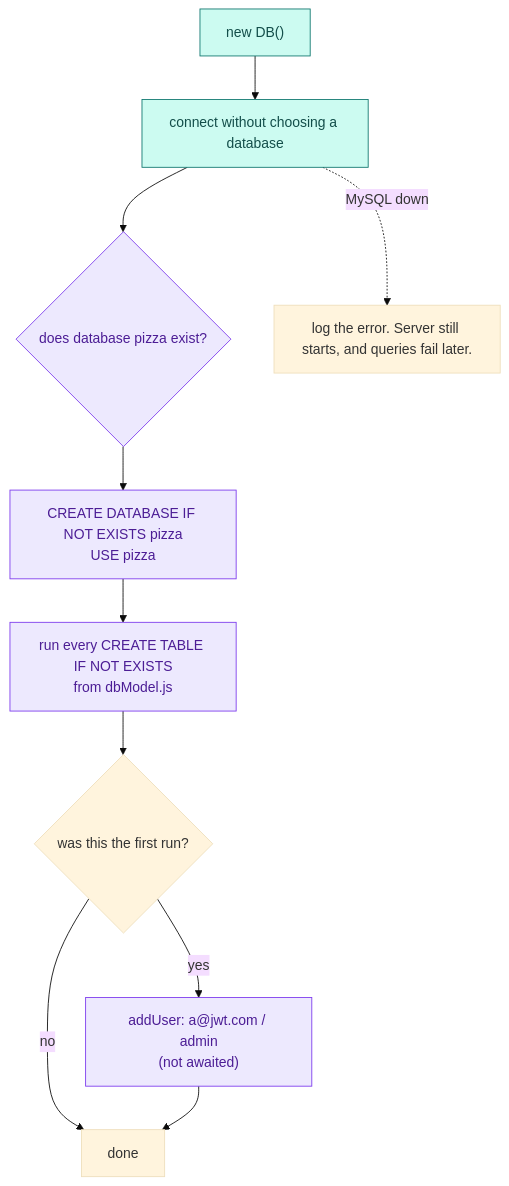
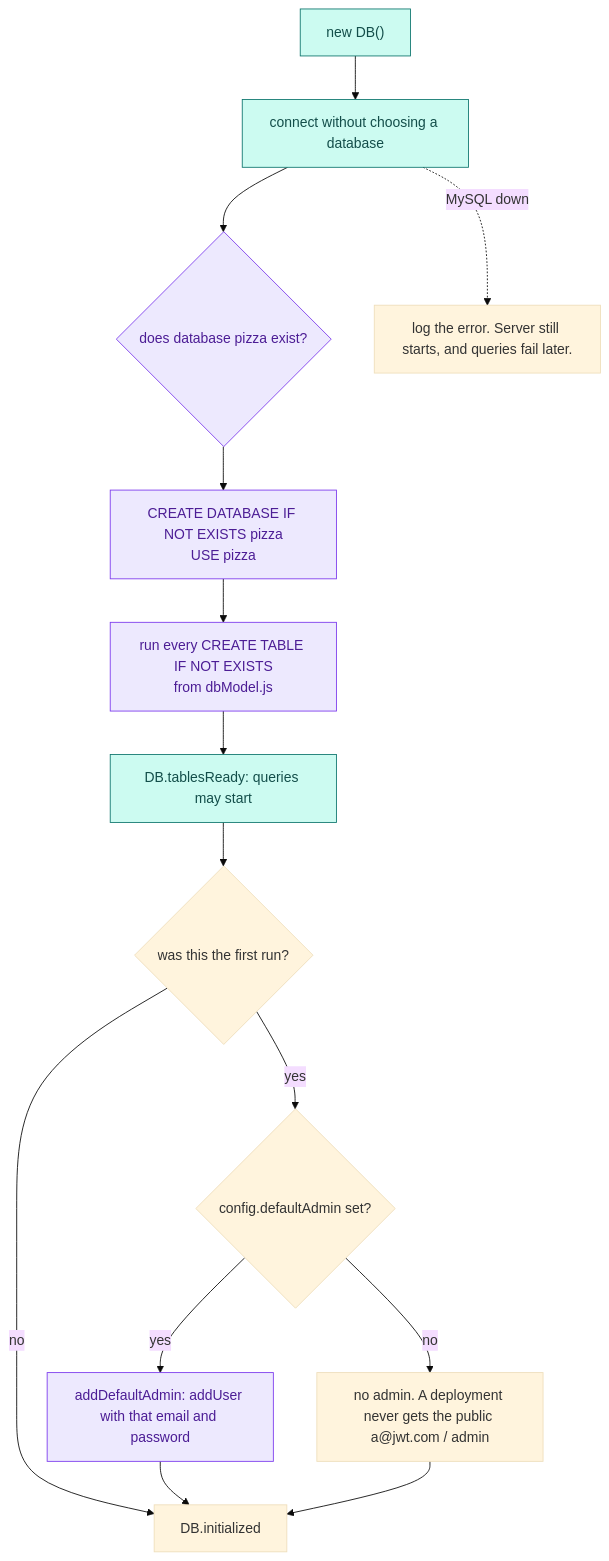
One commit to joshuajob-cs/jwt-pizza-service changed the third of 3 diagrams in docs/database.md. Above: the diagram before and after it, drawn with Mermaid (base theme). The commit also changed other lines of this file and 1 other file, not shown here.

Commit message:
refactor(docs): config.defaultAdmin and the two startup promises

````diff
--- a/docs/database.md
+++ b/docs/database.md
@@ -140,14 +140,18 @@
 ```mermaid
 flowchart TD
   start["new DB()"]:::be --> conn["connect without choosing a database"]:::be
   conn --> exists{"does database pizza exist?"}:::db
   exists --> create["CREATE DATABASE IF NOT EXISTS pizza<br/>USE pizza"]:::db
   create --> tables["run every CREATE TABLE IF NOT EXISTS<br/>from dbModel.js"]:::db
-  tables --> first{"was this the first run?"}
-  first -- "yes" --> admin["addUser: a@jwt.com / admin<br/>(not awaited)"]:::db
-  first -- "no" --> done["done"]
+  tables --> ready["DB.tablesReady: queries may start"]:::be
+  ready --> first{"was this the first run?"}
+  first -- "yes" --> cfg{"config.defaultAdmin set?"}
+  cfg -- "yes" --> admin["addDefaultAdmin: addUser with that email and password"]:::db
+  cfg -- "no" --> none["no admin. A deployment never gets the public a@jwt.com / admin"]
+  first -- "no" --> done["DB.initialized"]
   admin --> done
+  none --> done
   conn -. "MySQL down" .-> log["log the error. Server still starts, and queries fail later."]
   classDef be fill:#ccfbf1,stroke:#0f766e,color:#134e4a
   classDef db fill:#ede9fe,stroke:#7c3aed,color:#4c1d95
 ```
````
